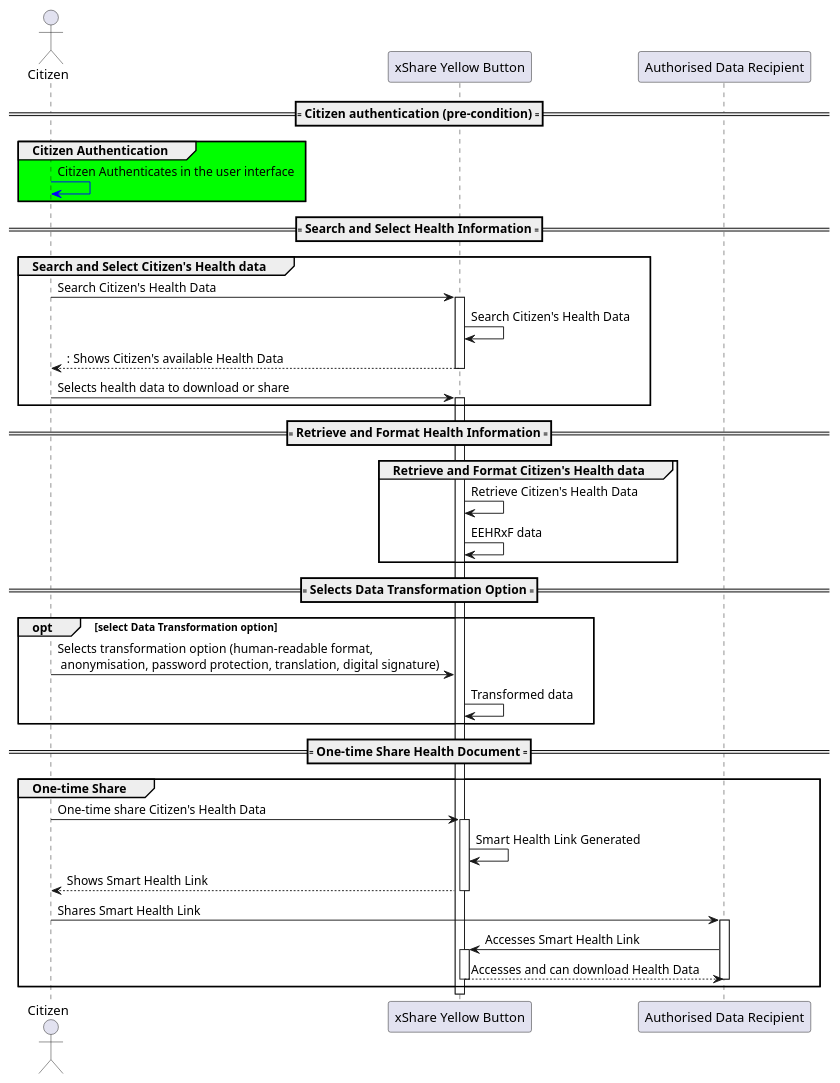
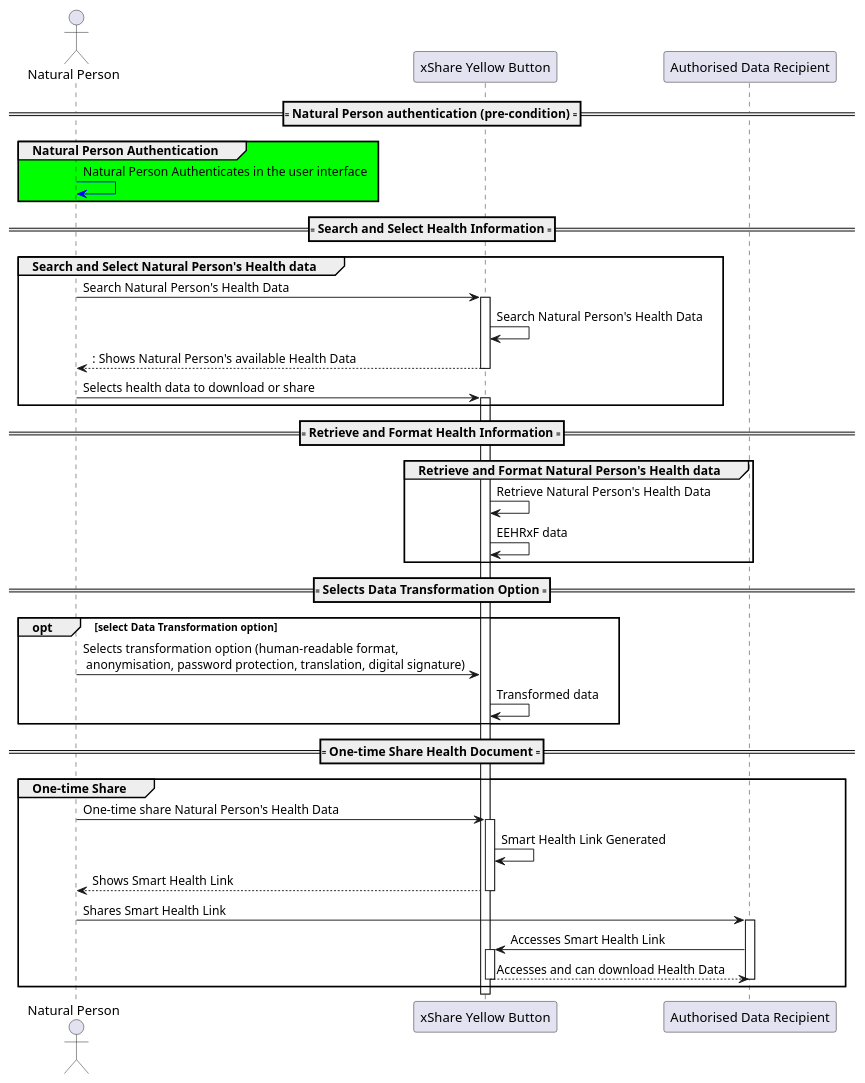
The diagram in input/images-source/seq-one-time.plantuml (hl7-eu/xShare), drawn with PlantUML before and after one commit. The commit also changed 17 other files, not shown here.

```diff
--- a/input/images-source/seq-one-time.plantuml
+++ b/input/images-source/seq-one-time.plantuml
@@ -1,47 +1,47 @@
 @startuml
-actor Citizen
+actor "Natural Person" as NatPerson
 participant "xShare Yellow Button" as xShare
 participant "Authorised Data Recipient" as Recipient
 
-==== Citizen authentication (pre-condition) ====
-group #00FF00 Citizen Authentication
-Citizen -[#blue]> Citizen: Citizen Authenticates in the user interface
+==== Natural Person authentication (pre-condition) ====
+group #00FF00 Natural Person Authentication
+NatPerson -[#blue]> NatPerson: Natural Person Authenticates in the user interface
 end group
 
 ==== Search and Select Health Information ====
-group Search and Select Citizen's Health data
-Citizen -> xShare: Search Citizen's Health Data
+group Search and Select Natural Person's Health data
+NatPerson -> xShare: Search Natural Person's Health Data
 activate xShare
-xShare -> xShare: Search Citizen's Health Data
-return: Shows Citizen's available Health Data
-Citizen -> xShare: Selects health data to download or share
+xShare -> xShare: Search Natural Person's Health Data
+return: Shows Natural Person's available Health Data
+NatPerson -> xShare: Selects health data to download or share
 activate xShare
 end group
 
 ==== Retrieve and Format Health Information ====
-group Retrieve and Format Citizen's Health data
-xShare-> xShare: Retrieve Citizen's Health Data
+group Retrieve and Format Natural Person's Health data
+xShare-> xShare: Retrieve Natural Person's Health Data
 xShare-> xShare: EEHRxF data
 end group
 
 ==== Selects Data Transformation Option ====
 opt select Data Transformation option
-Citizen -> xShare: Selects transformation option (human-readable format, \n anonymisation, password protection, translation, digital signature)
+NatPerson -> xShare: Selects transformation option (human-readable format, \n anonymisation, password protection, translation, digital signature)
 xShare -> xShare: Transformed data
 end opt
 
 ==== One-time Share Health Document ====
 group One-time Share
-Citizen -> xShare: One-time share Citizen's Health Data
+NatPerson -> xShare: One-time share Natural Person's Health Data
 activate xShare
 xShare -> xShare: Smart Health Link Generated
 return Shows Smart Health Link
-Citizen -> Recipient: Shares Smart Health Link
+NatPerson -> Recipient: Shares Smart Health Link
 activate Recipient
 Recipient-> xShare: Accesses Smart Health Link
 activate xShare
 return Accesses and can download Health Data
 deactivate Recipient
 end group
 
 @enduml
```
